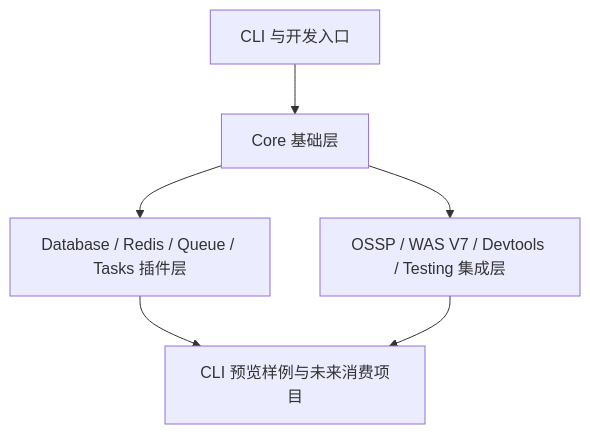
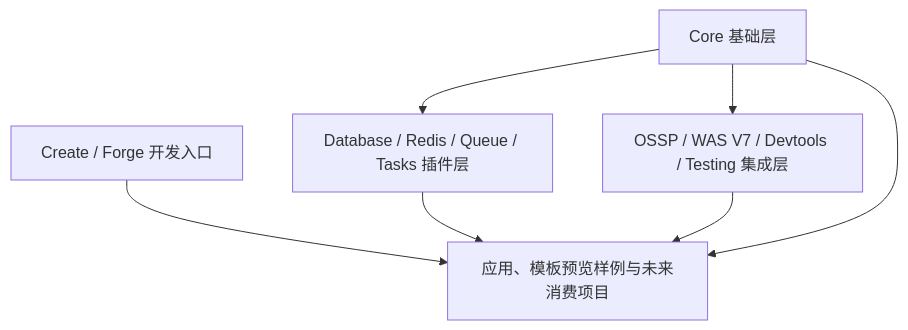
The diagram in docs/04-project-development/04-design/system-architecture.md (uroborus2s/obsync-root), drawn with Mermaid before and after one commit. The commit also changed other lines of this file and 576 other files, not shown here.

````diff
--- a/docs/04-project-development/04-design/system-architecture.md
+++ b/docs/04-project-development/04-design/system-architecture.md
@@ -23,9 +24,9 @@
 ```mermaid
 flowchart TD
-  A["CLI 与开发入口"] --> B["Core 基础层"]
-  B --> C["Database / Redis / Queue / Tasks 插件层"]
+  A["Create / Forge 开发入口"] --> E["应用、模板预览样例与未来消费项目"]
+  B["Core 基础层"] --> C["Database / Redis / Queue / Tasks 插件层"]
   B --> D["OSSP / WAS V7 / Devtools / Testing 集成层"]
-  C --> E["应用与消费方"]
+  C --> E
   D --> E
-  E["CLI 预览样例与未来消费项目"]
+  B --> E
 ```
````
